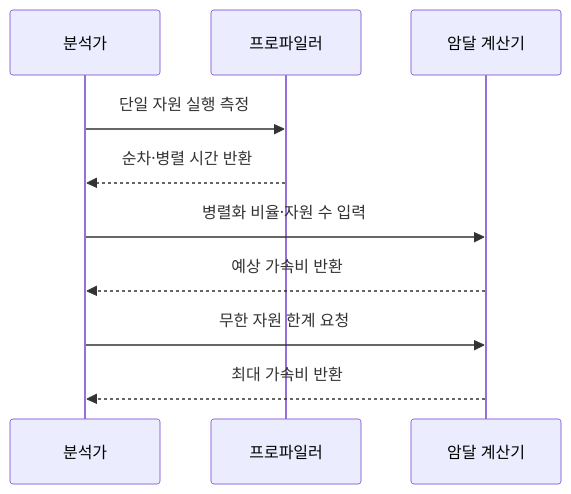
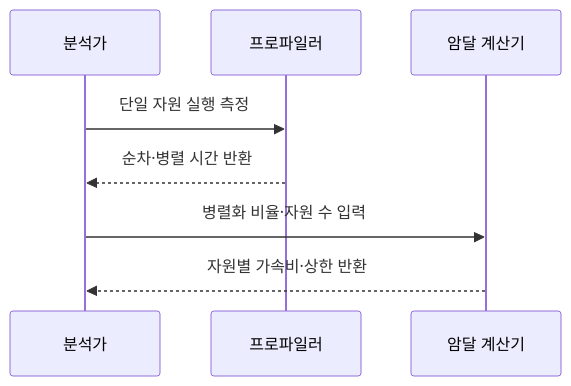
Before and after one commit to agnusdei1207/knowledge-base: the diagram in src/content/docs/notes/06-evaluation/005_amdahls_law.md, drawn with Mermaid. The commit also changed other lines of this file and 11 other files, not shown here.

````diff
--- a/src/content/docs/notes/06-evaluation/005_amdahls_law.md
+++ b/src/content/docs/notes/06-evaluation/005_amdahls_law.md
@@ -64,12 +64,10 @@
 ```mermaid
 sequenceDiagram
     participant A as 분석가
     participant P as 프로파일러
     participant C as 암달 계산기
     A->>P: 단일 자원 실행 측정
     P-->>A: 순차·병렬 시간 반환
     A->>C: 병렬화 비율·자원 수 입력
-    C-->>A: 예상 가속비 반환
-    A->>C: 무한 자원 한계 요청
-    C-->>A: 최대 가속비 반환
+    C-->>A: 자원별 가속비·상한 반환
 ```
````
